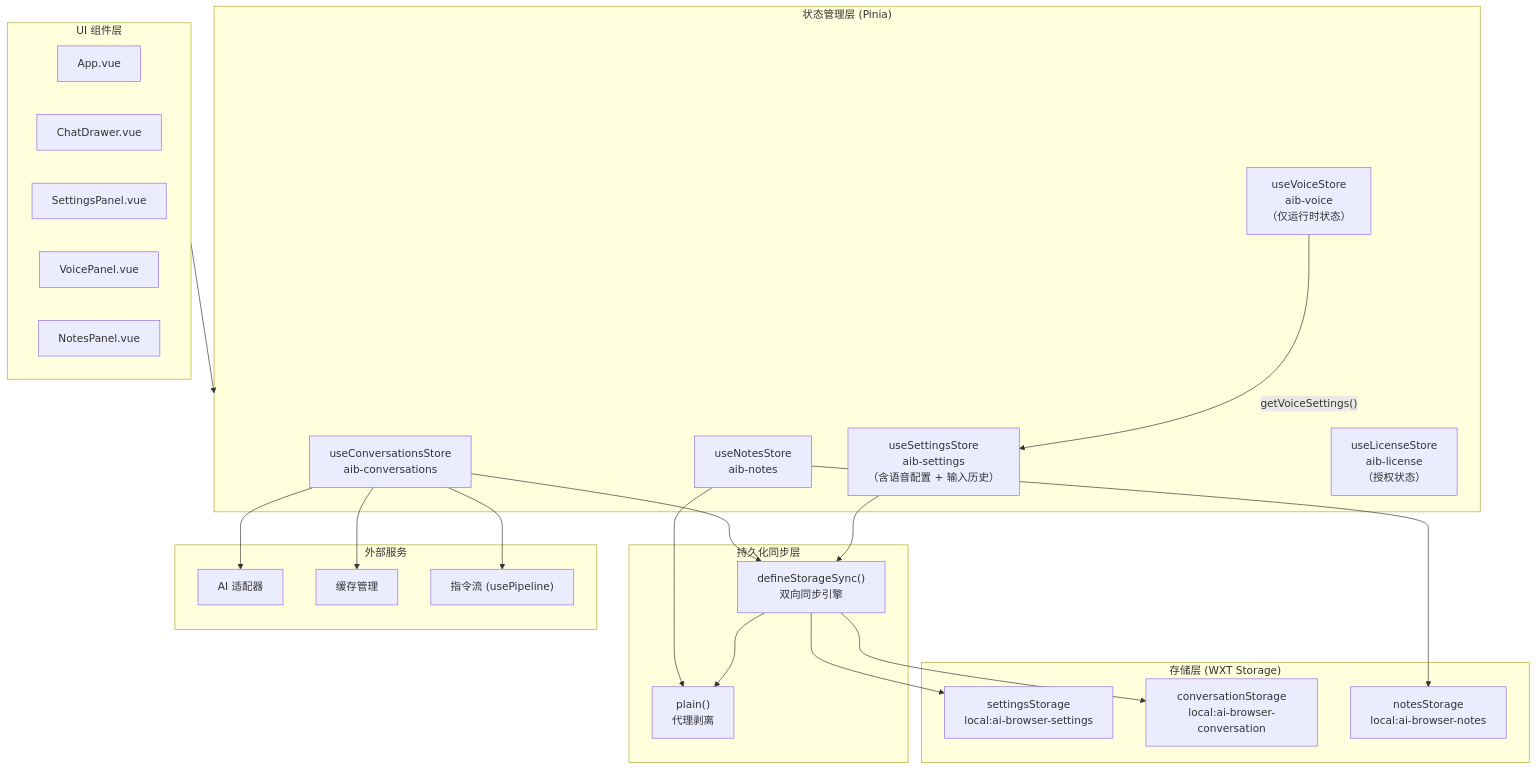
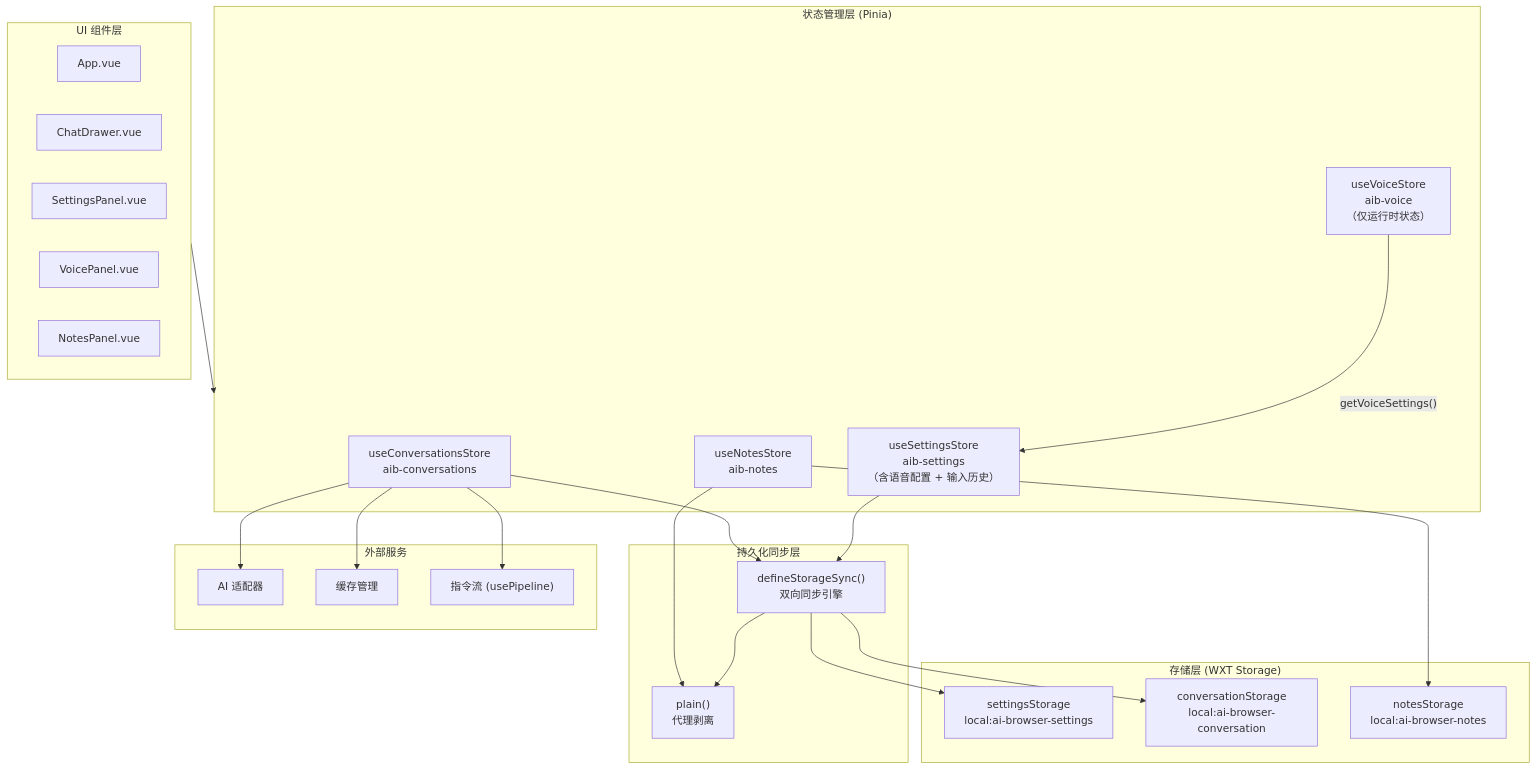
The first of 10 diagrams in docs/architecture/state-management.md (zw123zw/ai-browser), drawn with Mermaid before and after one commit. The commit also changed other lines of this file and 46 other files, not shown here.

````diff
--- a/docs/architecture/state-management.md
+++ b/docs/architecture/state-management.md
@@ -42,48 +41,47 @@
 ```mermaid
 graph TB
     subgraph UI["UI 组件层"]
         App[App.vue]
         Chat[ChatDrawer.vue]
         Settings[SettingsPanel.vue]
         Voice[VoicePanel.vue]
         Notes[NotesPanel.vue]
     end
 
     subgraph Stores["状态管理层 (Pinia)"]
         SS["useSettingsStore<br/>aib-settings<br/>（含语音配置 + 输入历史）"]
         CS["useConversationsStore<br/>aib-conversations"]
         NS["useNotesStore<br/>aib-notes"]
         VS["useVoiceStore<br/>aib-voice<br/>（仅运行时状态）"]
-        LS["useLicenseStore<br/>aib-license<br/>（授权状态）"]
     end
 
     subgraph Sync["持久化同步层"]
         DSS["defineStorageSync()<br/>双向同步引擎"]
         PL["plain()<br/>代理剥离"]
     end
 
     subgraph Storage["存储层 (WXT Storage)"]
         STG_S["settingsStorage<br/>local:ai-browser-settings"]
         STG_C["conversationStorage<br/>local:ai-browser-conversation"]
         STG_N["notesStorage<br/>local:ai-browser-notes"]
     end
 
     subgraph External["外部服务"]
         Adapter["AI 适配器"]
         Cache["缓存管理"]
         Pipeline["指令流 (usePipeline)"]
     end
 
     UI --> Stores
     SS --> DSS
     CS --> DSS
     DSS --> PL
     DSS --> STG_S
     DSS --> STG_C
     NS --> PL
     NS --> STG_N
     CS --> Adapter
     CS --> Cache
     CS --> Pipeline
     VS -->|"getVoiceSettings()"| SS
 ```
````
